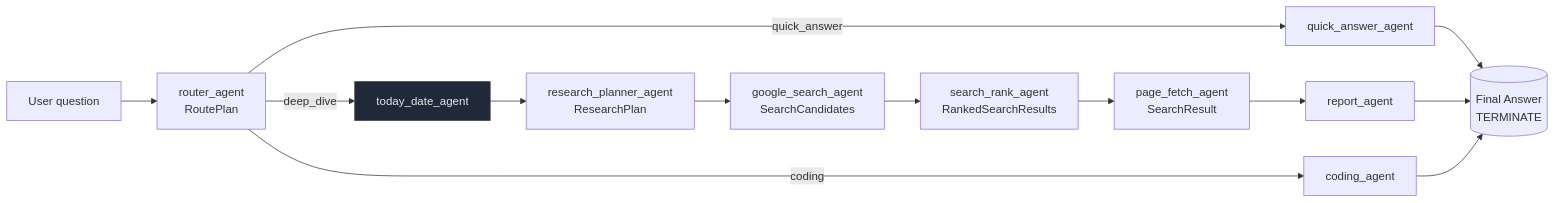
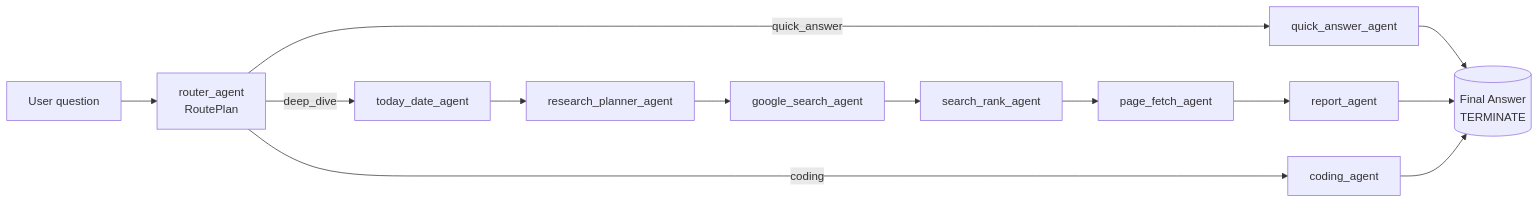
One commit to stkao05/line-ai changed the diagram in README.md. Above: the diagram before and after it, drawn with Mermaid. The commit also changed other lines of this file, not shown here.

````diff
--- a/README.md
+++ b/README.md
@@ -66,21 +65,20 @@
 ```mermaid
 flowchart LR
     U[User question] --> R[router_agent\nRoutePlan]
 
     R -- quick_answer --> QA[quick_answer_agent]
     QA --> A[(Final Answer\nTERMINATE)]
 
     R -- deep_dive --> TD[today_date_agent]
-    TD --> RP[research_planner_agent\nResearchPlan]
-    RP --> GS[google_search_agent\nSearchCandidates]
-    GS --> SR[search_rank_agent\nRankedSearchResults]
-    SR --> PF[page_fetch_agent\nSearchResult]
+    TD --> RP[research_planner_agent]
+    RP --> GS[google_search_agent]
+    GS --> SR[search_rank_agent]
+    SR --> PF[page_fetch_agent]
     PF --> RE[report_agent]
     RE --> A
 
     R -- coding --> CD[coding_agent]
     CD --> A
 
-    class TD side;
     classDef side fill:#1f2937,stroke:#3f3f46,color:#e5e7eb;
 ```
````
